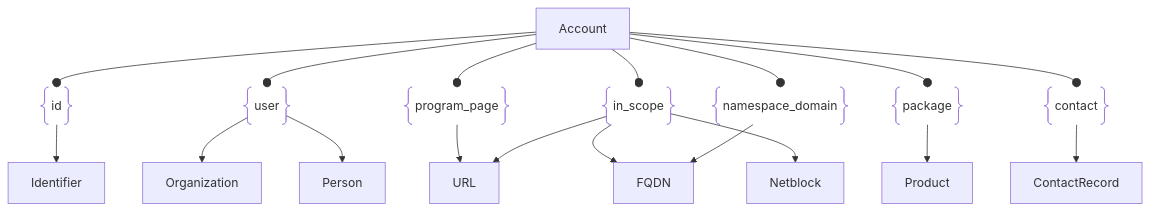
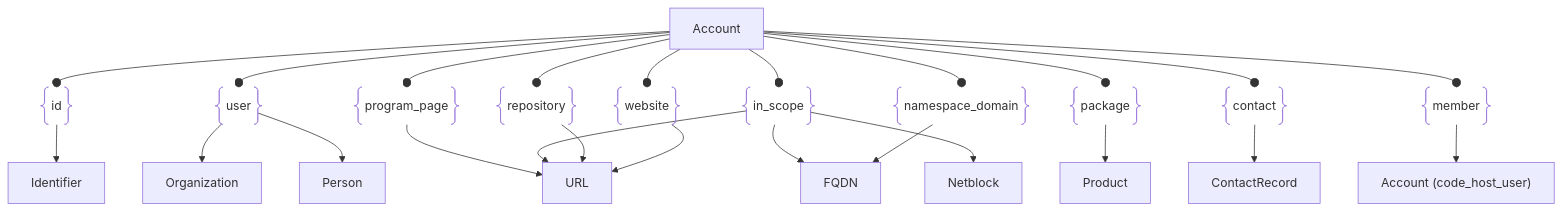
The diagram in docs/open_asset_model/assets/account.md (owasp-amass/docs), drawn with Mermaid before and after one commit. The commit also changed other lines of this file, not shown here.

Commit message:
Document code-host accounts and their relations

````diff
--- a/docs/open_asset_model/assets/account.md
+++ b/docs/open_asset_model/assets/account.md
@@ -107,42 +107,55 @@
 ```mermaid
 graph TD
 acct["Account"]
 ident["Identifier"]
 idRel@{ shape: braces, label: "id" }
 acct --o idRel
 idRel --> ident
 
 org["Organization"]
 person["Person"]
 user@{ shape: braces, label: "user" }
 acct --o user
 user --> org
 user --> person
 
 url["URL"]
 page@{ shape: braces, label: "program_page" }
 acct --o page
 page --> url
 
 fqdn["FQDN"]
 nb["Netblock"]
 scope@{ shape: braces, label: "in_scope" }
 acct --o scope
 scope --> fqdn
 scope --> nb
 scope --> url
 
 product["Product"]
 pkgRel@{ shape: braces, label: "package" }
 acct --o pkgRel
 pkgRel --> product
 
 nsRel@{ shape: braces, label: "namespace_domain" }
 acct --o nsRel
 nsRel --> fqdn
 
 cr["ContactRecord"]
 crRel@{ shape: braces, label: "contact" }
 acct --o crRel
 crRel --> cr
+
+repoRel@{ shape: braces, label: "repository" }
+acct --o repoRel
+repoRel --> url
+
+webRel@{ shape: braces, label: "website" }
+acct --o webRel
+webRel --> url
+
+member["Account (code_host_user)"]
+memberRel@{ shape: braces, label: "member" }
+acct --o memberRel
+memberRel --> member
 ```
````
